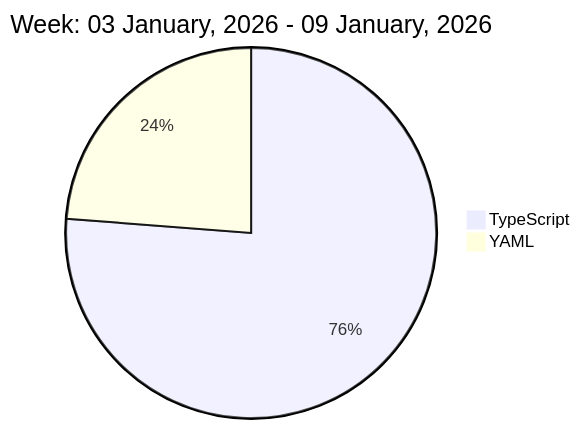
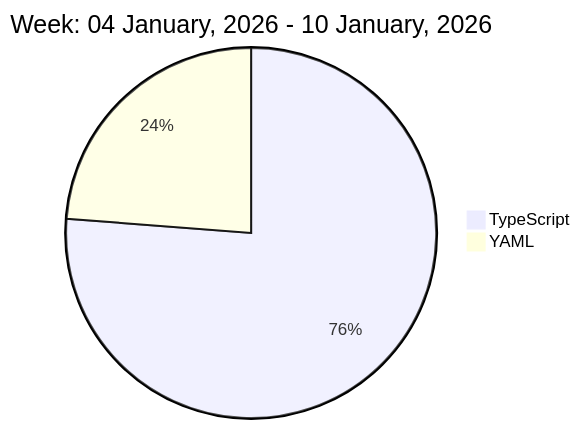
Before and after one commit to liubin95/liubin95: the diagram in README.md, drawn with Mermaid.

Commit message:
Updated the Graph with new Metrics

````diff
--- a/README.md
+++ b/README.md
@@ -37,6 +37,6 @@
 ```mermaid
  pie
-title Week: 03 January, 2026 - 09 January, 2026
+title Week: 04 January, 2026 - 10 January, 2026
  "TypeScript" : 9.3
  "YAML" : 2.9
 ```
````
